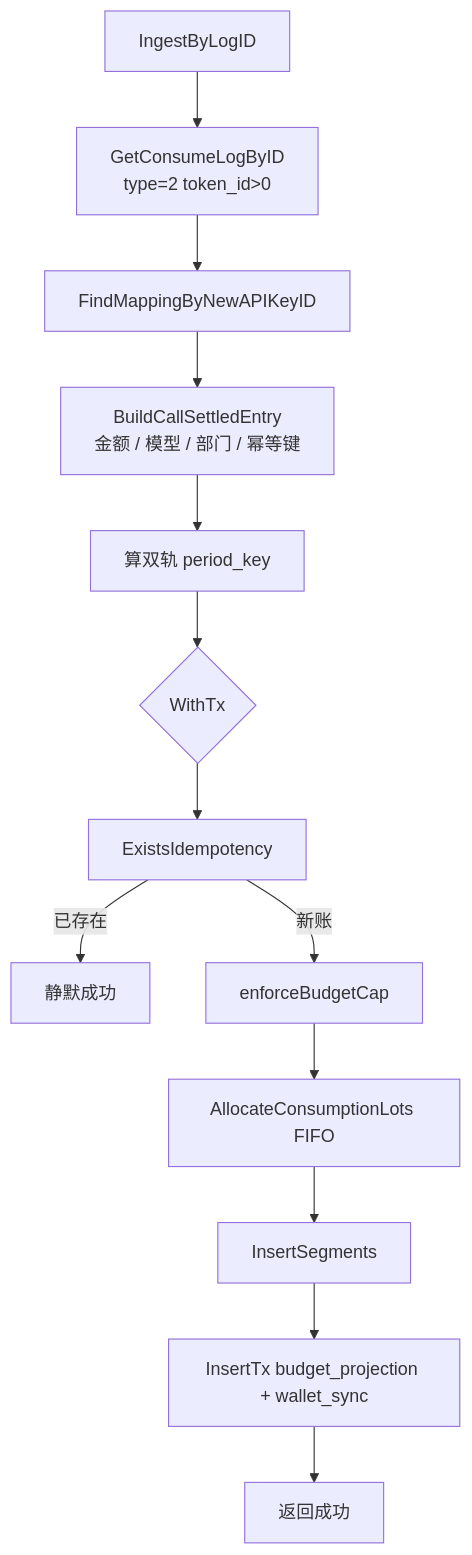
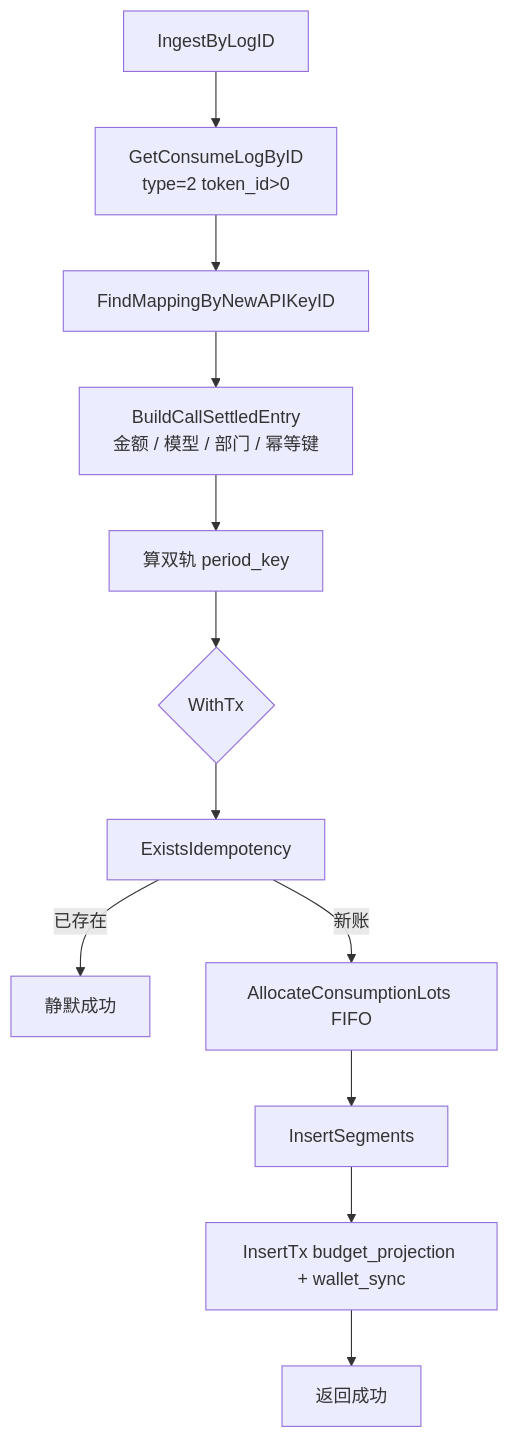
One commit to quyip8818/mytokenjoy changed the sixth of 9 diagrams in docs/Backend-Ingest架构.md. Above: the diagram before and after it, drawn with Mermaid. The commit also changed other lines of this file and 105 other files, not shown here.

````diff
--- a/docs/Backend-Ingest架构.md
+++ b/docs/Backend-Ingest架构.md
@@ -248,15 +248,14 @@
 ```mermaid
 flowchart TB
   A[IngestByLogID] --> B[GetConsumeLogByID<br/>type=2 token_id>0]
   B --> C[FindMappingByNewAPIKeyID]
   C --> D[BuildCallSettledEntry<br/>金额 / 模型 / 部门 / 幂等键]
   D --> E[算双轨 period_key]
   E --> F{WithTx}
   F --> G[ExistsIdempotency]
   G -->|已存在| Z[静默成功]
-  G -->|新账| H[enforceBudgetCap]
-  H --> I[AllocateConsumptionLots FIFO]
-  I --> J[InsertSegments]
-  J --> K[InsertTx budget_projection + wallet_sync]
-  K --> Z2[返回成功]
+  G -->|新账| H[AllocateConsumptionLots FIFO]
+  H --> I[InsertSegments]
+  I --> J[InsertTx budget_projection + wallet_sync]
+  J --> Z2[返回成功]
 ```
````
